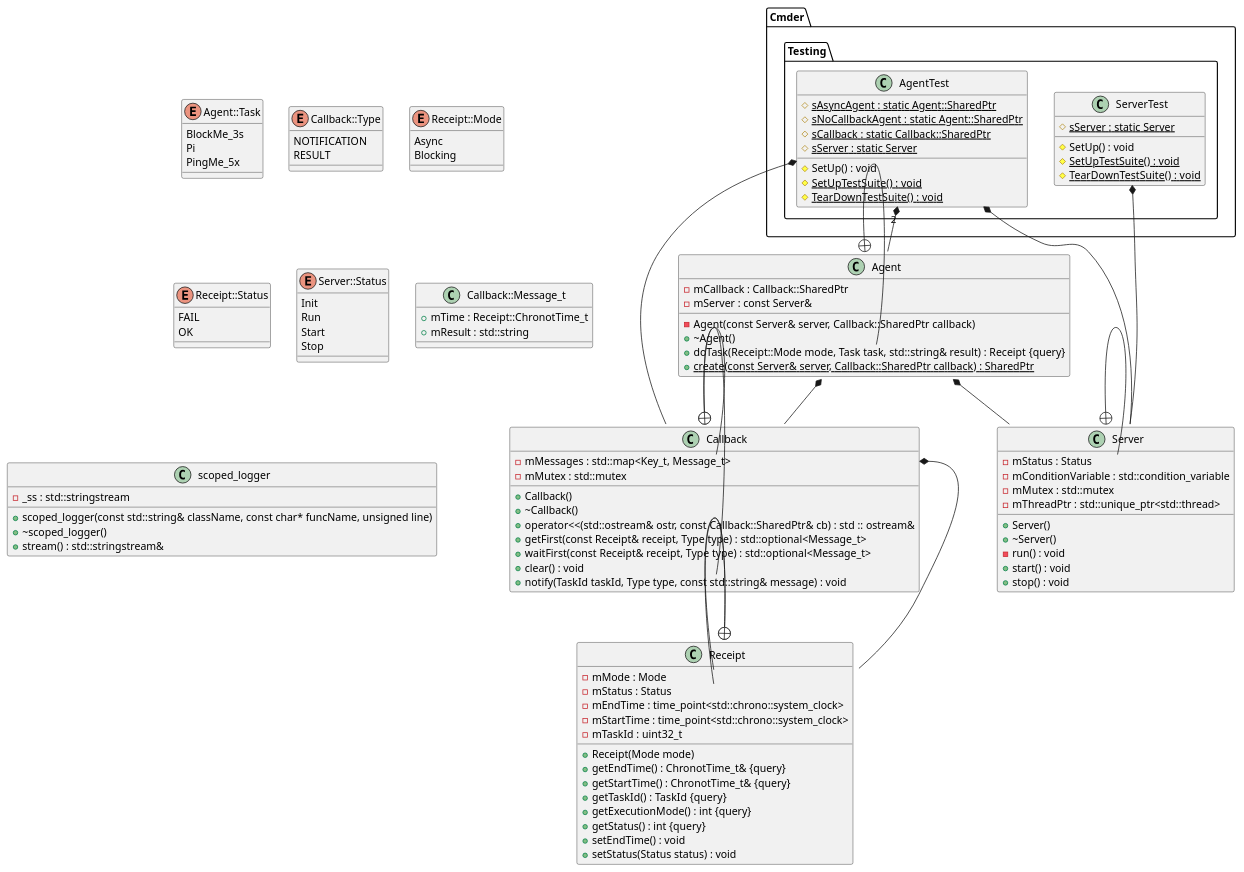
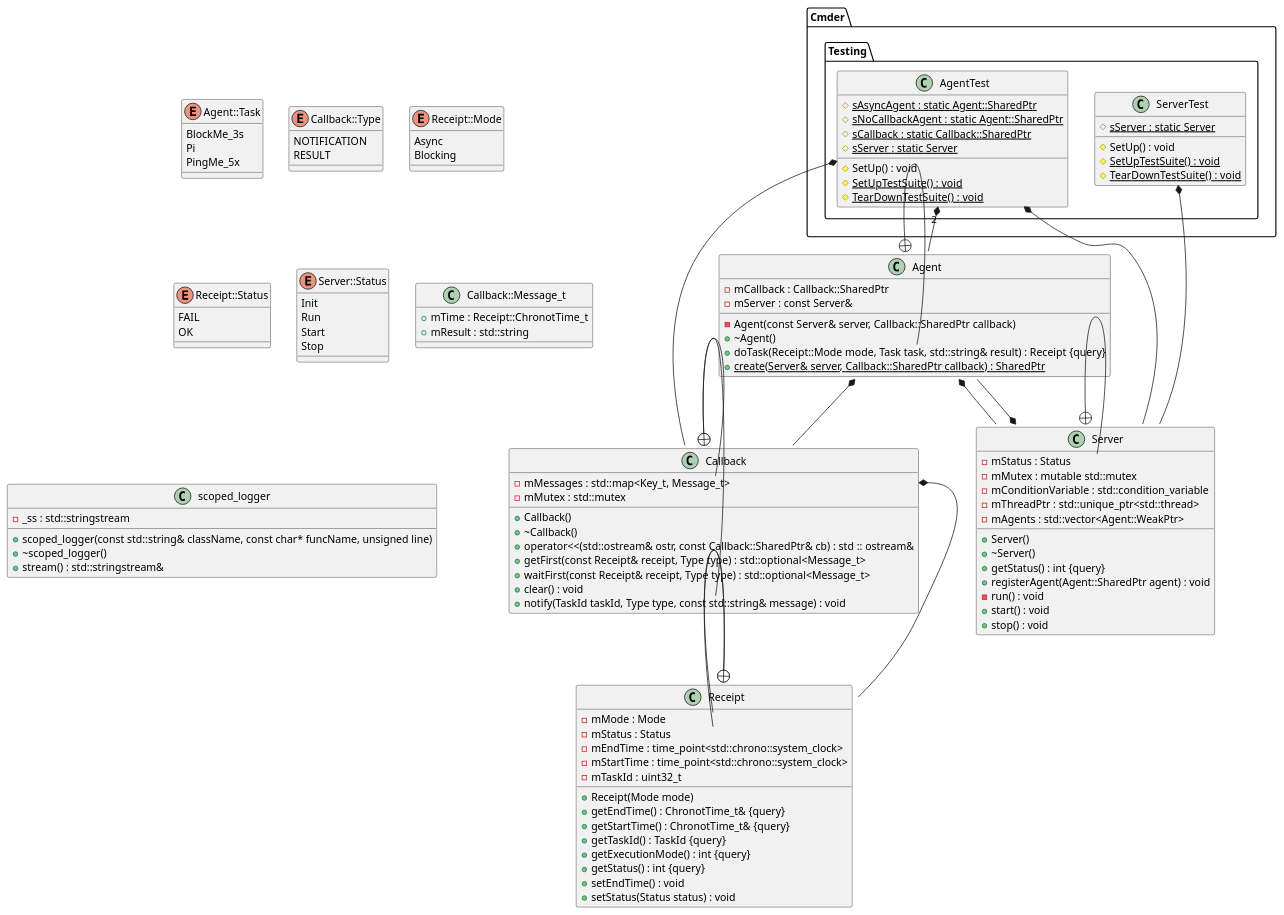
One commit to h6wk/Cmder changed the diagram in diagrams/classdiagram.puml. Above: the diagram before and after it, drawn with PlantUML. The commit also changed 6 other files, not shown here.

Commit message:
Agent registers itself  in the Server

```diff
--- a/diagrams/classdiagram.puml
+++ b/diagrams/classdiagram.puml
@@ -1,188 +1,194 @@
 @startuml
 
 
 
 
 
 /' Objects '/
 
 class Agent {
 	-Agent(const Server& server, Callback::SharedPtr callback)
 	+~Agent()
 	-mCallback : Callback::SharedPtr
 	+doTask(Receipt::Mode mode, Task task, std::string& result) : Receipt {query}
-	+{static} create(const Server& server, Callback::SharedPtr callback) : SharedPtr
+	+{static} create(Server& server, Callback::SharedPtr callback) : SharedPtr
 	-mServer : const Server&
 }
 
 
 class Callback {
 	+Callback()
 	+~Callback()
 	+operator<<(std::ostream& ostr, const Callback::SharedPtr& cb) : std :: ostream&
 	-mMessages : std::map<Key_t, Message_t>
 	-mMutex : std::mutex
 	+getFirst(const Receipt& receipt, Type type) : std::optional<Message_t>
 	+waitFirst(const Receipt& receipt, Type type) : std::optional<Message_t>
 	+clear() : void
 	+notify(TaskId taskId, Type type, const std::string& message) : void
 }
 
 
 class Receipt {
 	+Receipt(Mode mode)
 	+getEndTime() : ChronotTime_t& {query}
 	+getStartTime() : ChronotTime_t& {query}
 	-mMode : Mode
 	-mStatus : Status
 	+getTaskId() : TaskId {query}
 	+getExecutionMode() : int {query}
 	+getStatus() : int {query}
 	-mEndTime : time_point<std::chrono::system_clock>
 	-mStartTime : time_point<std::chrono::system_clock>
 	-mTaskId : uint32_t
 	+setEndTime() : void
 	+setStatus(Status status) : void
 }
 
 
 class Server {
 	+Server()
 	+~Server()
 	-mStatus : Status
+	+getStatus() : int {query}
+	-mMutex : mutable std::mutex
 	-mConditionVariable : std::condition_variable
-	-mMutex : std::mutex
 	-mThreadPtr : std::unique_ptr<std::thread>
+	-mAgents : std::vector<Agent::WeakPtr>
+	+registerAgent(Agent::SharedPtr agent) : void
 	-run() : void
 	+start() : void
 	+stop() : void
 }
 
 
 enum Agent::Task {
 	BlockMe_3s
 	Pi
 	PingMe_5x
 }
 
 
 enum Callback::Type {
 	NOTIFICATION
 	RESULT
 }
 
 
 enum Receipt::Mode {
 	Async
 	Blocking
 }
 
 
 enum Receipt::Status {
 	FAIL
 	OK
 }
 
 
 enum Server::Status {
 	Init
 	Run
 	Start
 	Stop
 }
 
 
 class Callback::Message_t {
 	+mTime : Receipt::ChronotTime_t
 	+mResult : std::string
 }
 
 
 class scoped_logger {
 	+scoped_logger(const std::string& className, const char* funcName, unsigned line)
 	+~scoped_logger()
 	-_ss : std::stringstream
 	+stream() : std::stringstream&
 }
 
 
 namespace Cmder {
 	namespace Testing {
 		class AgentTest {
 			#{static} sAsyncAgent : static Agent::SharedPtr
 			#{static} sNoCallbackAgent : static Agent::SharedPtr
 			#{static} sCallback : static Callback::SharedPtr
 			#{static} sServer : static Server
 			#SetUp() : void
 			#{static} SetUpTestSuite() : void
 			#{static} TearDownTestSuite() : void
 		}
 
 		class ServerTest {
 			#{static} sServer : static Server
 			#SetUp() : void
 			#{static} SetUpTestSuite() : void
 			#{static} TearDownTestSuite() : void
 		}
 	}
 }
 
 
 
 
 
 /' Inheritance relationships '/
 
 
 
 
 /' Aggregation relationships '/
 
 .Agent *-- .Callback
 
 
 .Agent *-- .Server
 
 
 Cmder.Testing.AgentTest "2" *-- .Agent
 
 
 Cmder.Testing.AgentTest *-- .Callback
 
 
 Cmder.Testing.AgentTest *-- .Server
 
 
 .Callback::Message_t *-- .Receipt
 
 
+.Server *-- .Agent
+
+
 Cmder.Testing.ServerTest *-- .Server
 
 
 
 
 
 
 /' Nested objects '/
 
 .Agent +-- .Agent::Task
 
 
 .Callback +-- .Callback::Message_t
 
 
 .Callback +-- .Callback::Type
 
 
 .Receipt +-- .Receipt::Mode
 
 
 .Receipt +-- .Receipt::Status
 
 
 .Server +-- .Server::Status
 
 
 
 
 @enduml
```
